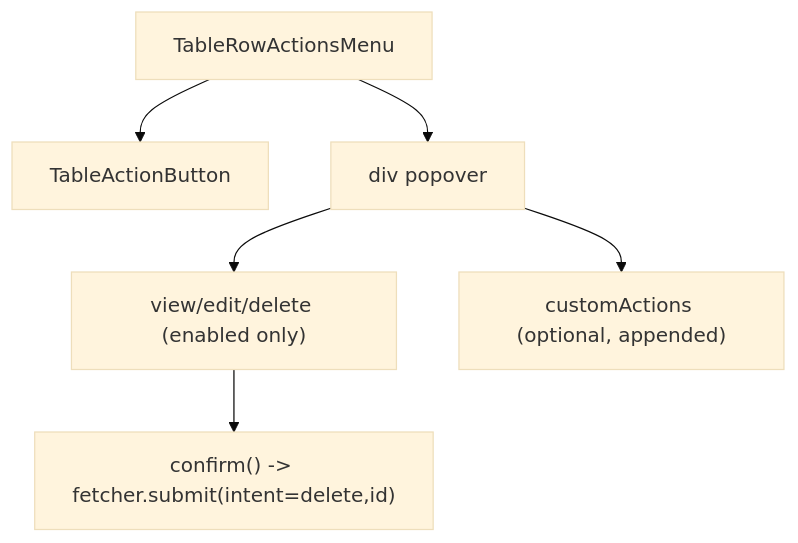
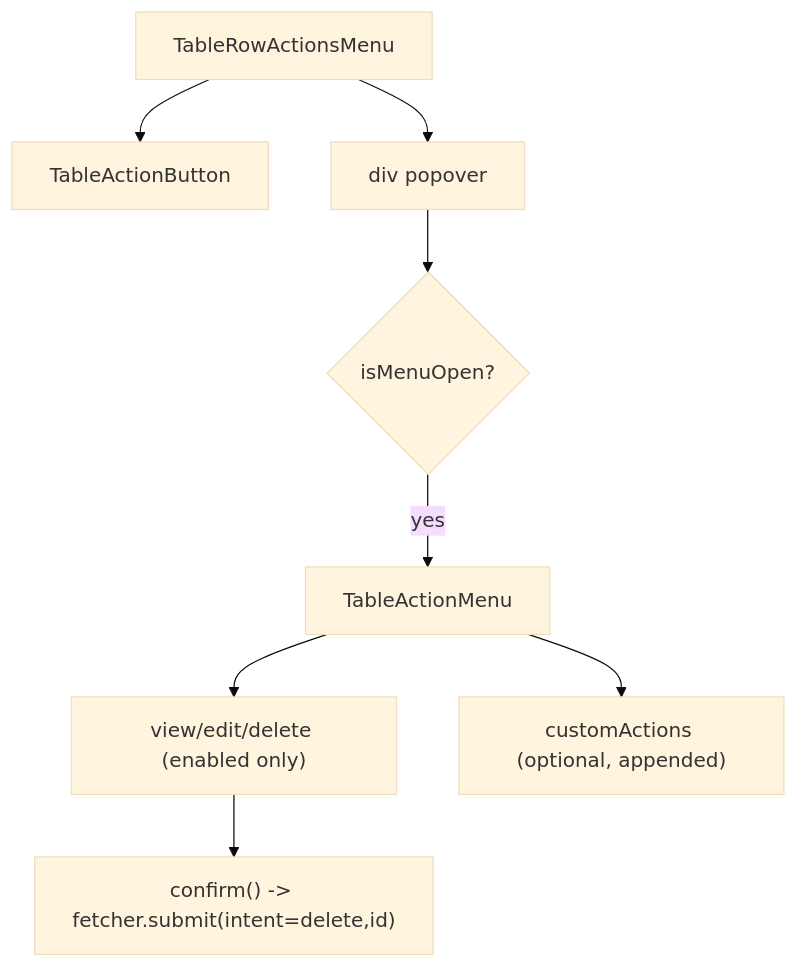
The diagram in packages/ui/src/components/Table/TableRowActionsMenu/ARCHITECTURE.md (luciocabrera/lcabrera-stack), drawn with Mermaid (base theme) before and after one commit. The commit also changed other lines of this file and 23 other files, not shown here.

````diff
--- a/packages/ui/src/components/Table/TableRowActionsMenu/ARCHITECTURE.md
+++ b/packages/ui/src/components/Table/TableRowActionsMenu/ARCHITECTURE.md
@@ -26,8 +35,10 @@
 ```mermaid
 graph TD
   Menu["TableRowActionsMenu"] --> Trigger["TableActionButton"]
   Menu --> Popover["div popover"]
-  Popover --> BuiltIn["view/edit/delete (enabled only)"]
-  Popover --> Custom["customActions (optional, appended)"]
+  Popover --> OpenCheck{"isMenuOpen?"}
+  OpenCheck -->|yes| ActionMenu["TableActionMenu"]
+  ActionMenu --> BuiltIn["view/edit/delete (enabled only)"]
+  ActionMenu --> Custom["customActions (optional, appended)"]
   BuiltIn --> Delete["confirm() -> fetcher.submit(intent=delete,id)"]
 ```
````
